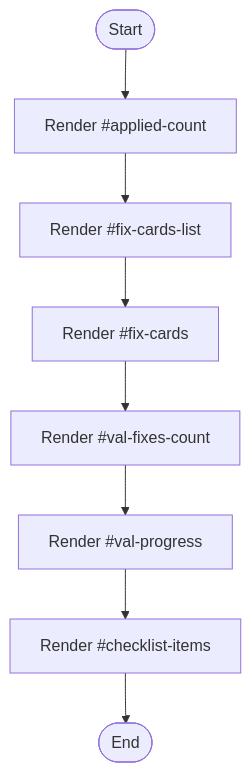
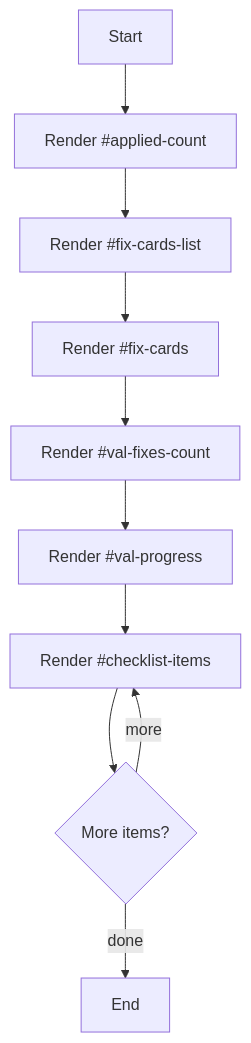
The diagram in docs/Codebase/Frontend/pages/fix-suggestions.html.md (JohnAndrewBalbarosa/NeoTerritory), drawn with Mermaid before and after one commit. The commit also changed other lines of this file and 752 other files, not shown here.

````diff
--- a/docs/Codebase/Frontend/pages/fix-suggestions.html.md
+++ b/docs/Codebase/Frontend/pages/fix-suggestions.html.md
@@ -36,18 +22,21 @@
 ```mermaid
 flowchart TD
-    Start([Start])
-    N0[Render #applied-count]
-    N1[Render #fix-cards-list]
-    N2[Render #fix-cards]
-    N3[Render #val-fixes-count]
-    N4[Render #val-progress]
-    N5[Render #checklist-items]
-    End([End])
+    Start["Start"]
+    N0["Render #applied-count"]
+    N1["Render #fix-cards-list"]
+    N2["Render #fix-cards"]
+    N3["Render #val-fixes-count"]
+    N4["Render #val-progress"]
+    N5["Render #checklist-items"]
+    L5{"More items?"}
+    End["End"]
     Start --> N0
     N0 --> N1
     N1 --> N2
     N2 --> N3
     N3 --> N4
     N4 --> N5
-    N5 --> End
+    N5 --> L5
+    L5 -->|more| N5
+    L5 -->|done| End
 ```
````
